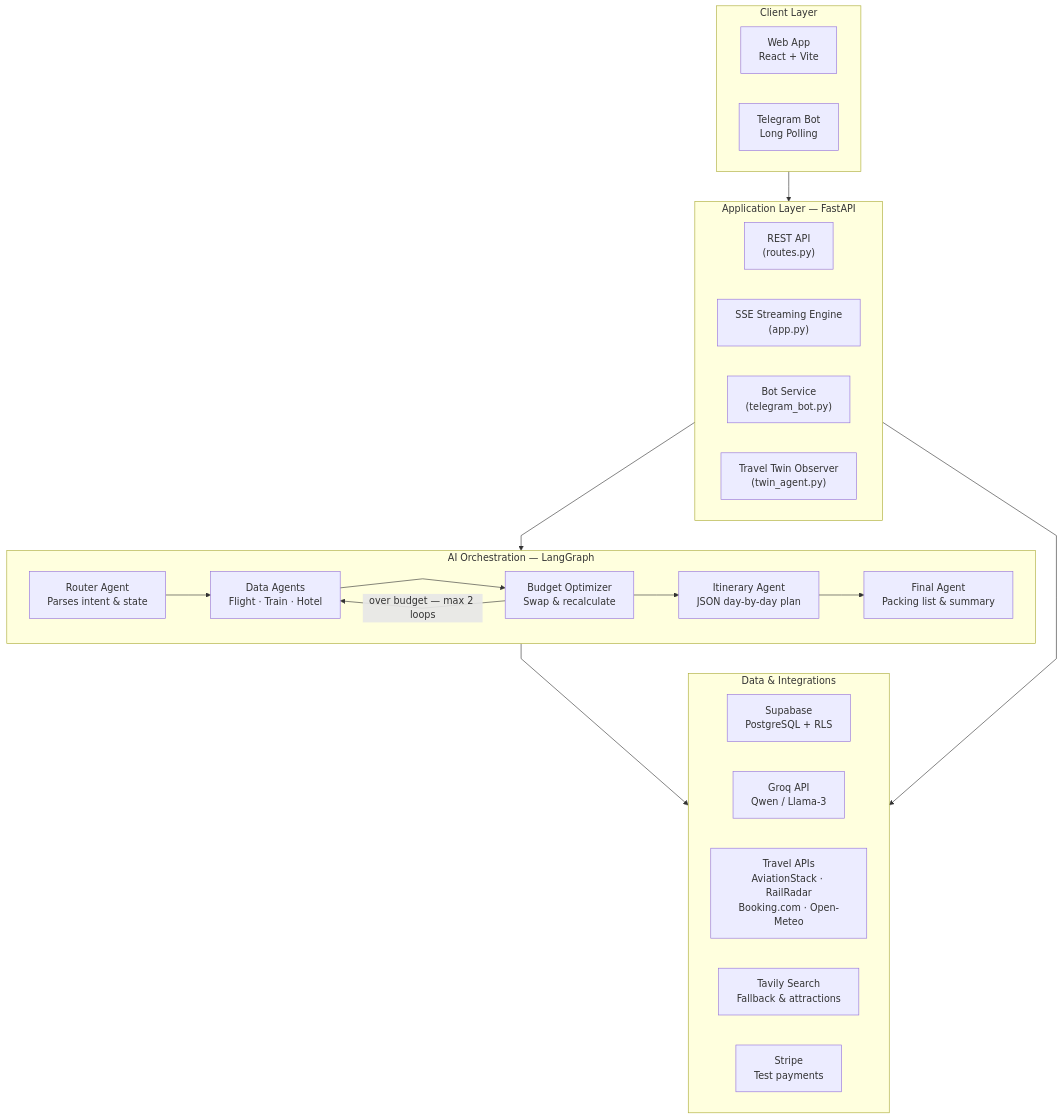
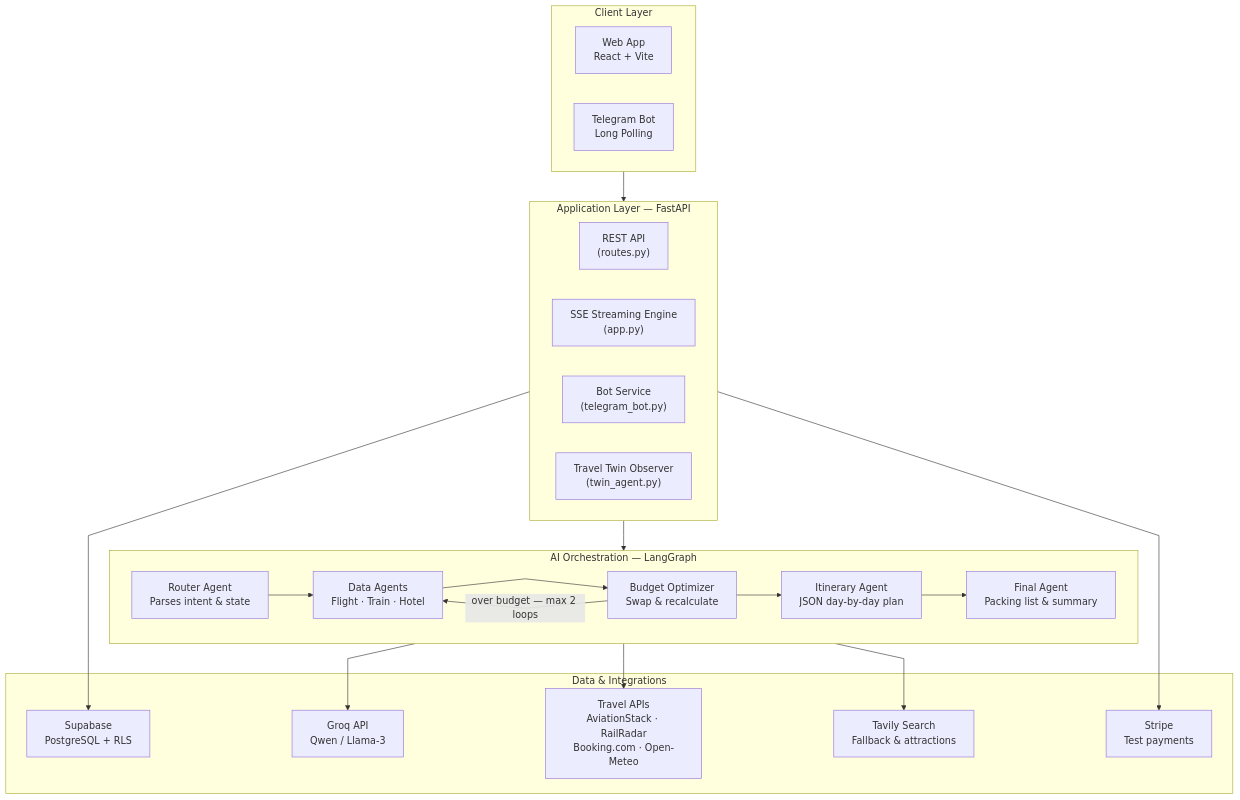
One commit to Abhishekmnnit6022/Trip-Pilot changed the first of 3 diagrams in README.md. Above: the diagram before and after it, drawn with Mermaid.

Commit message:
docs: update architecture diagram with specific data connections

````diff
--- a/README.md
+++ b/README.md
@@ -32,36 +32,41 @@
 ```mermaid
 %%{init: {"flowchart": {"curve": "linear"}}}%%
 flowchart TB
     subgraph Clients["Client Layer"]
         WEB["Web App\nReact + Vite"]
         TG["Telegram Bot\nLong Polling"]
     end
 
     subgraph Backend["Application Layer — FastAPI"]
         API["REST API\n(routes.py)"]
         SSE["SSE Streaming Engine\n(app.py)"]
         BOT["Bot Service\n(telegram_bot.py)"]
         TWIN_OBS["Travel Twin Observer\n(twin_agent.py)"]
     end
 
     subgraph AI["AI Orchestration — LangGraph"]
         ROUTER["Router Agent\nParses intent & state"] --> AGENTS["Data Agents\nFlight · Train · Hotel"]
         AGENTS --> BUDGET["Budget Optimizer\nSwap & recalculate"]
         BUDGET --> ITIN["Itinerary Agent\nJSON day-by-day plan"]
         ITIN --> FINAL["Final Agent\nPacking list & summary"]
         BUDGET -->|over budget — max 2 loops| AGENTS
     end
 
     subgraph Data["Data & Integrations"]
         DB["Supabase\nPostgreSQL + RLS"]
         GROQ["Groq API\nQwen / Llama-3"]
         EXT["Travel APIs\nAviationStack · RailRadar\nBooking.com · Open-Meteo"]
         TAVILY["Tavily Search\nFallback & attractions"]
         STRIPE["Stripe\nTest payments"]
     end
 
     Clients --> Backend
     Backend --> AI
-    AI --> Data
-    Backend --> Data
+    
+    %% Specific connections into the Data Layer
+    AI --> GROQ
+    AI --> EXT
+    AI --> TAVILY
+    Backend --> DB
+    Backend --> STRIPE
 ```
````
